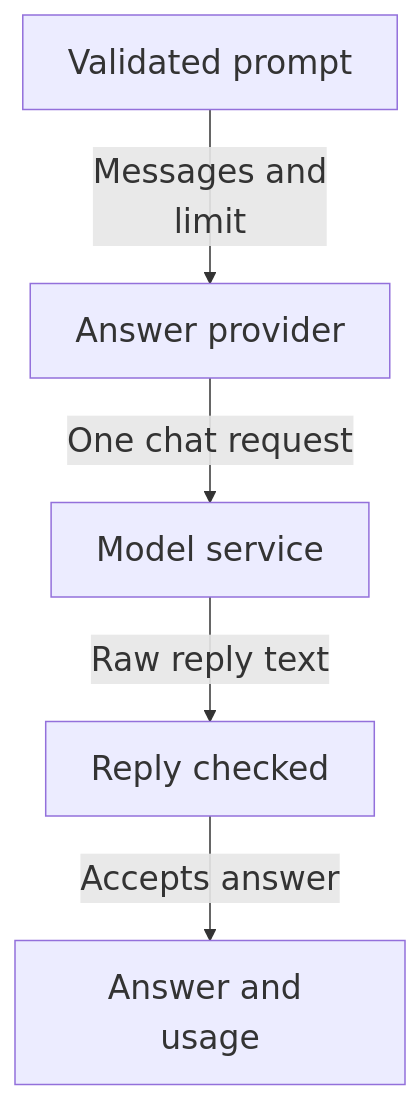
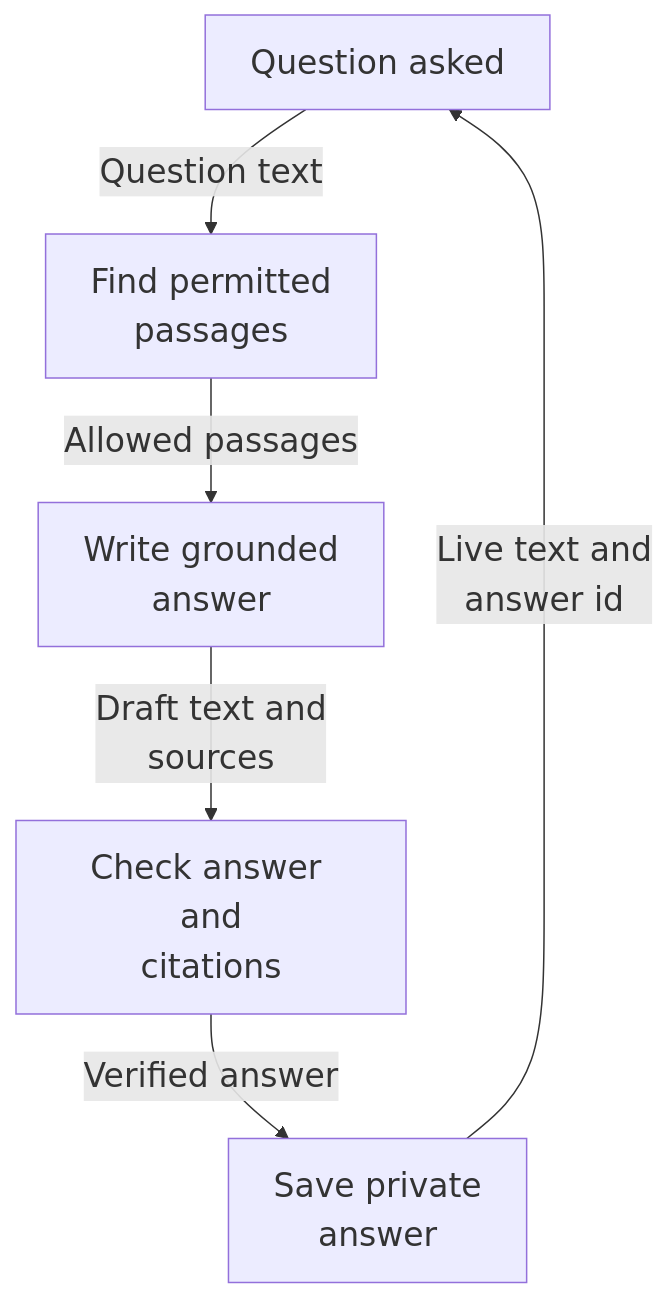
One commit to Justin-Mendoza/Afterclass changed the diagram in maps/answers/diagram-01.mmd. Above: the diagram before and after it, drawn with Mermaid. The commit also changed 85 other files, not shown here.

```diff
--- a/maps/answers/diagram-01.mmd
+++ b/maps/answers/diagram-01.mmd
@@ -1,11 +1,12 @@
 %%{init: {"themeVariables": {"fontSize": "22px"}}}%%
 flowchart TD
-  n0["Validated prompt"]
-  n1["Answer provider"]
-  n2["Model service"]
-  n3["Reply checked"]
-  n4["Answer and usage"]
-  n0 -->|"Messages and<br/>limit"| n1
-  n1 -->|"One chat request"| n2
-  n2 -->|"Raw reply text"| n3
-  n3 -->|"Accepts answer"| n4
+  n0["Question asked"]
+  n1["Find permitted<br/>passages"]
+  n2["Write grounded<br/>answer"]
+  n3["Check answer and<br/>citations"]
+  n4["Save private<br/>answer"]
+  n0 -->|"Question text"| n1
+  n1 -->|"Allowed passages"| n2
+  n2 -->|"Draft text and<br/>sources"| n3
+  n3 -->|"Verified answer"| n4
+  n4 -->|"Live text and<br/>answer id"| n0
```
